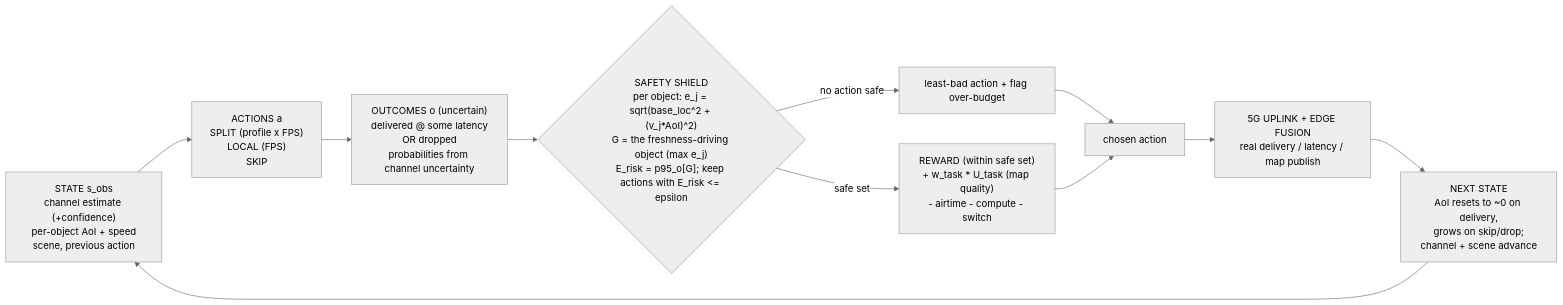
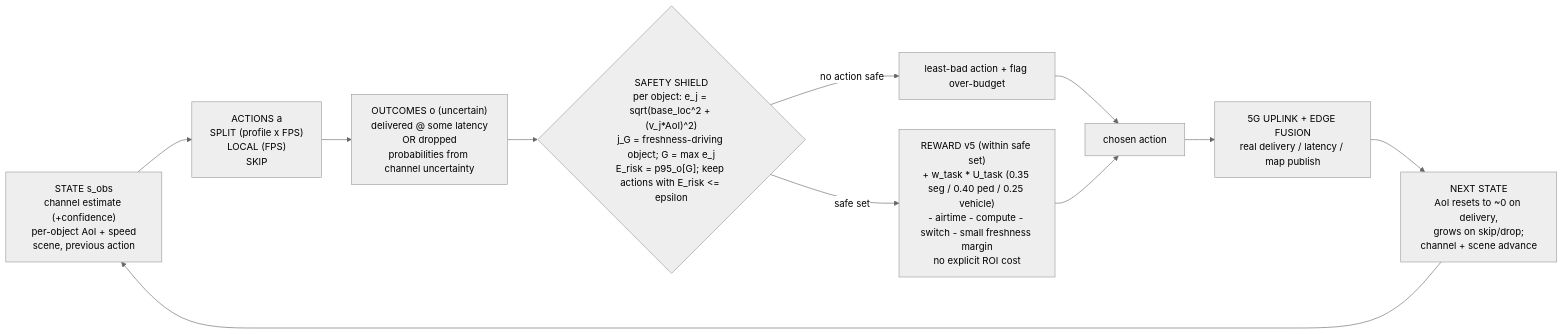
The diagram in rl_agent/REWARD_LOOP_DIAGRAM.md (man-of-mind/SceneSense-Abiodun), drawn with Mermaid (neutral theme) before and after one commit. The commit also changed other lines of this file and 6 other files, not shown here.

````diff
--- a/rl_agent/REWARD_LOOP_DIAGRAM.md
+++ b/rl_agent/REWARD_LOOP_DIAGRAM.md
@@ -9,16 +9,16 @@
 ```mermaid
 flowchart LR
   S["STATE s_obs<br>channel estimate (+confidence)<br>per-object AoI + speed<br>scene, previous action"]
   A["ACTIONS a<br>SPLIT (profile x FPS)<br>LOCAL (FPS)<br>SKIP"]
   O["OUTCOMES o (uncertain)<br>delivered @ some latency<br>OR dropped<br>probabilities from channel uncertainty"]
-  SAFE{"SAFETY SHIELD<br>per object: e_j = sqrt(base_loc^2 + (v_j*AoI)^2)<br>G = the freshness-driving object (max e_j)<br>E_risk = p95_o[G]; keep actions with E_risk <= epsilon"}
-  R["REWARD (within safe set)<br>+ w_task * U_task (map quality)<br>- airtime - compute - switch"]
+  SAFE{"SAFETY SHIELD<br>per object: e_j = sqrt(base_loc^2 + (v_j*AoI)^2)<br>j_G = freshness-driving object; G = max e_j<br>E_risk = p95_o[G]; keep actions with E_risk <= epsilon"}
+  R["REWARD v5 (within safe set)<br>+ w_task * U_task (0.35 seg / 0.40 ped / 0.25 vehicle)<br>- airtime - compute - switch - small freshness margin<br>no explicit ROI cost"]
   ACT["chosen action"]
   ENV["5G UPLINK + EDGE FUSION<br>real delivery / latency / map publish"]
   NS["NEXT STATE<br>AoI resets to ~0 on delivery,<br>grows on skip/drop;<br>channel + scene advance"]
   S --> A --> O --> SAFE
   SAFE -- "no action safe" --> DEG["least-bad action + flag over-budget"]
   SAFE -- "safe set" --> R
   DEG --> ACT
   R --> ACT --> ENV --> NS --> S
 ```
````
